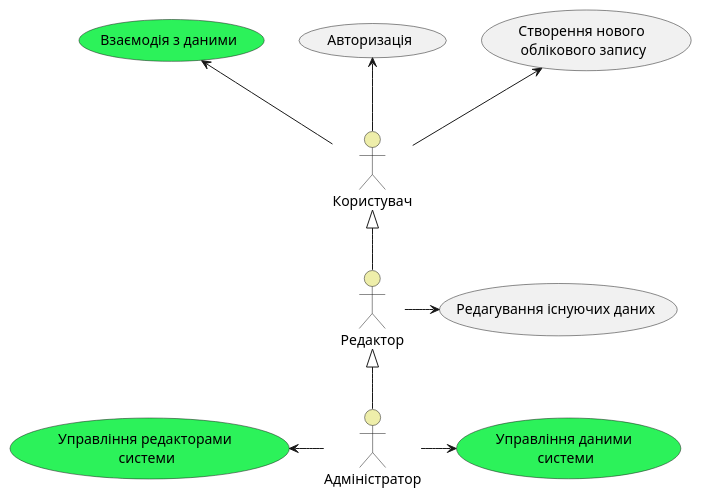
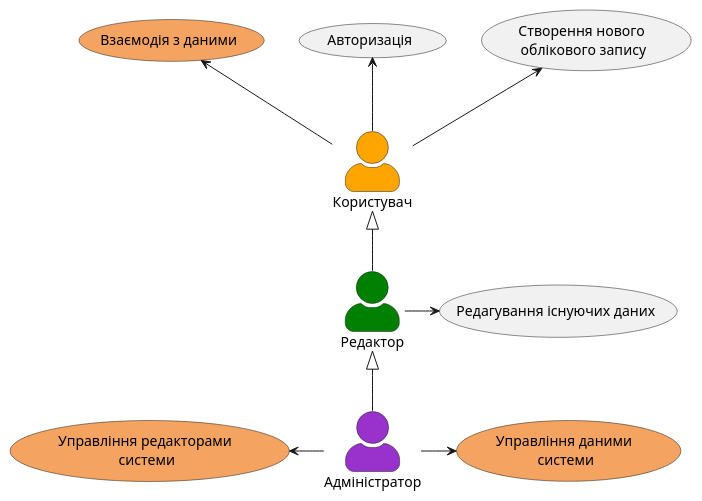
Before and after one commit to ELSheadali/IO-16_open-data-management-system: the first of 16 diagrams in docs/use cases/README.md, drawn with PlantUML. The commit also changed other lines of this file, not shown here.

```diff
--- a/docs/use cases/README.md
+++ b/docs/use cases/README.md
@@ -4,23 +4,23 @@
 @startuml
-
-actor "Користувач" as User #eeeeaa 
-actor "Редактор" as Editor #eeeeaa 
-actor "Адміністратор" as Admin #eeeeaa
+skinparam actorStyle awesome
+actor "Користувач" as User #FFA500
+actor "Редактор" as Editor #008000
+actor "Адміністратор" as Admin  #9932CC
 
 usecase "Створення нового \nоблікового запису" as Registration 
 usecase "Авторизація" as Authorization 
-usecase "Взаємодія з даними" as InteractData #2cf25a 
+usecase "Взаємодія з даними" as InteractData #F4A460
 usecase "Редагування існуючих даних" as EditData 
-usecase "Управління даними \nсистеми" as ManageData #2cf25a 
-usecase "Управління редакторами \nсистеми" as ManageEditors #2cf25a
+usecase "Управління даними \nсистеми" as ManageData #F4A460
+usecase "Управління редакторами \nсистеми" as ManageEditors #F4A460
 
 Admin -u-|> Editor 
 Editor -u-|> User 
 User -u-> Registration 
 User -u-> Authorization 
 User -u-> InteractData 
 Editor -r-> EditData 
 Admin -r-> ManageData 
 Admin -l-> ManageEditors
 
 @enduml
```
